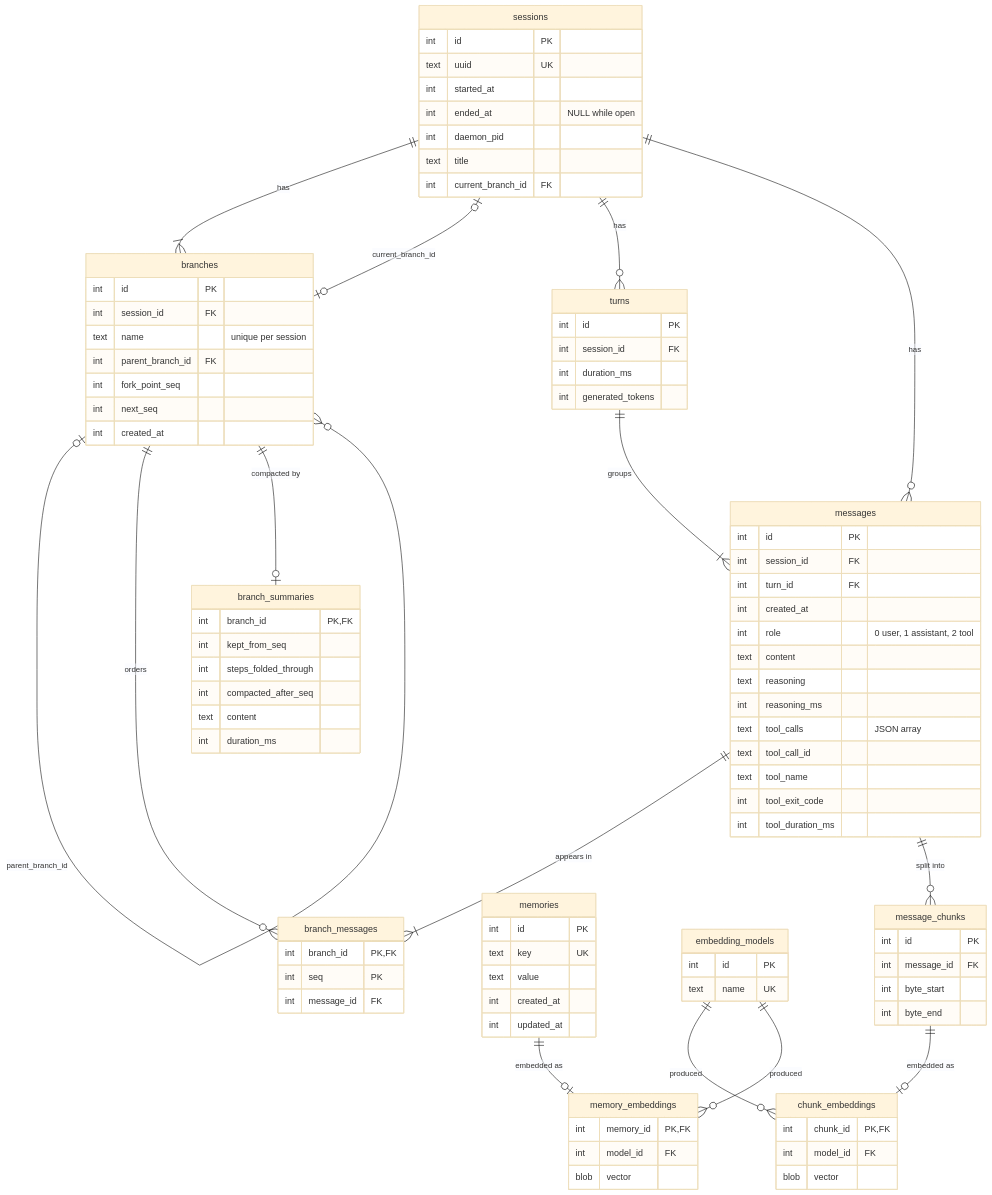
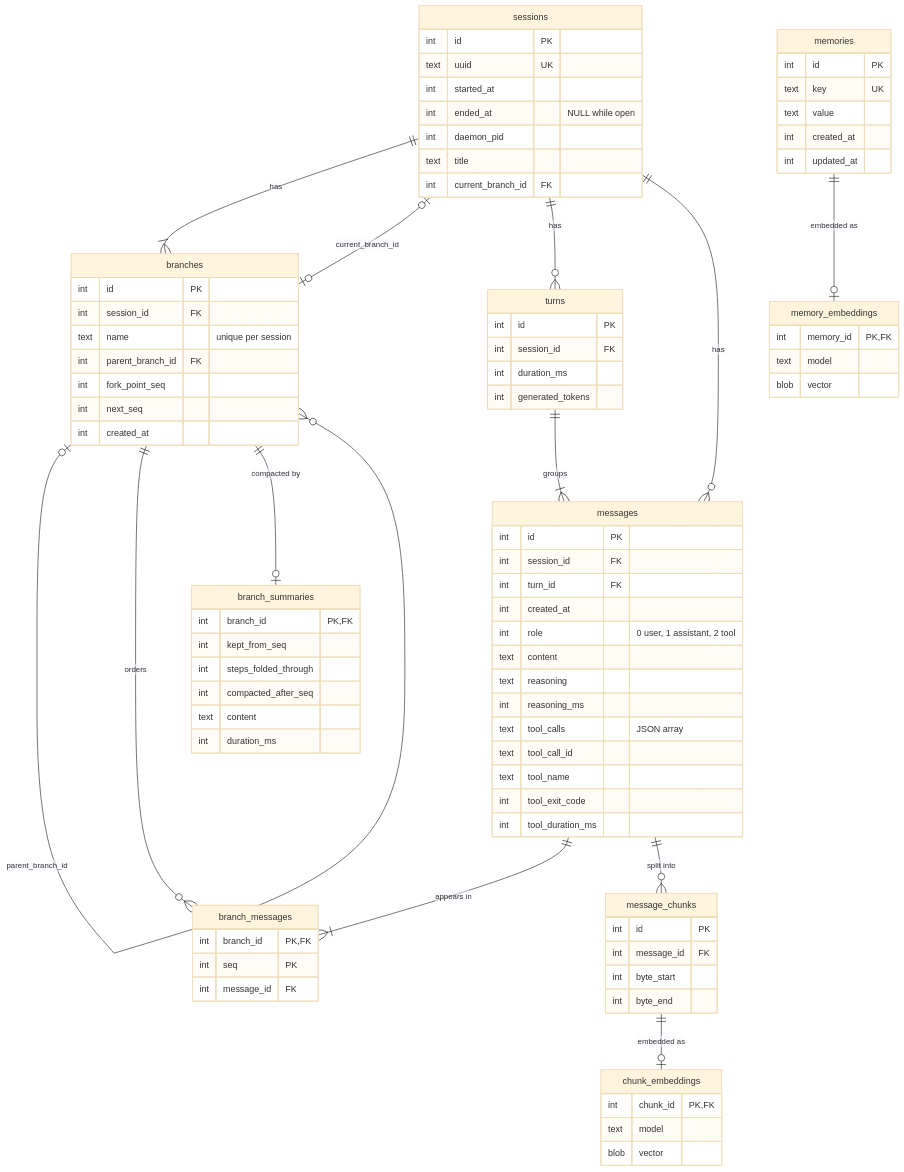
One commit to gnolruf/assistd changed the diagram in docs/database.md. Above: the diagram before and after it, drawn with Mermaid (base theme). The commit also changed other lines of this file and 10 other files, not shown here.

First line of the commit message:
Tag each vector with its model and drop other models' vectors at startup (#492)

````diff
--- a/docs/database.md
+++ b/docs/database.md
@@ -20,8 +20,6 @@
     messages ||--o{ message_chunks : "split into"
     message_chunks ||--o| chunk_embeddings : "embedded as"
     memories ||--o| memory_embeddings : "embedded as"
-    embedding_models ||--o{ chunk_embeddings : "produced"
-    embedding_models ||--o{ memory_embeddings : "produced"
 
     sessions {
         int id PK
@@ -88,18 +86,14 @@
         int byte_start
         int byte_end
     }
-    embedding_models {
-        int id PK
-        text name UK
-    }
     chunk_embeddings {
         int chunk_id PK, FK
-        int model_id FK
+        text model
         blob vector
     }
     memory_embeddings {
         int memory_id PK, FK
-        int model_id FK
+        text model
         blob vector
     }
 ```
````
